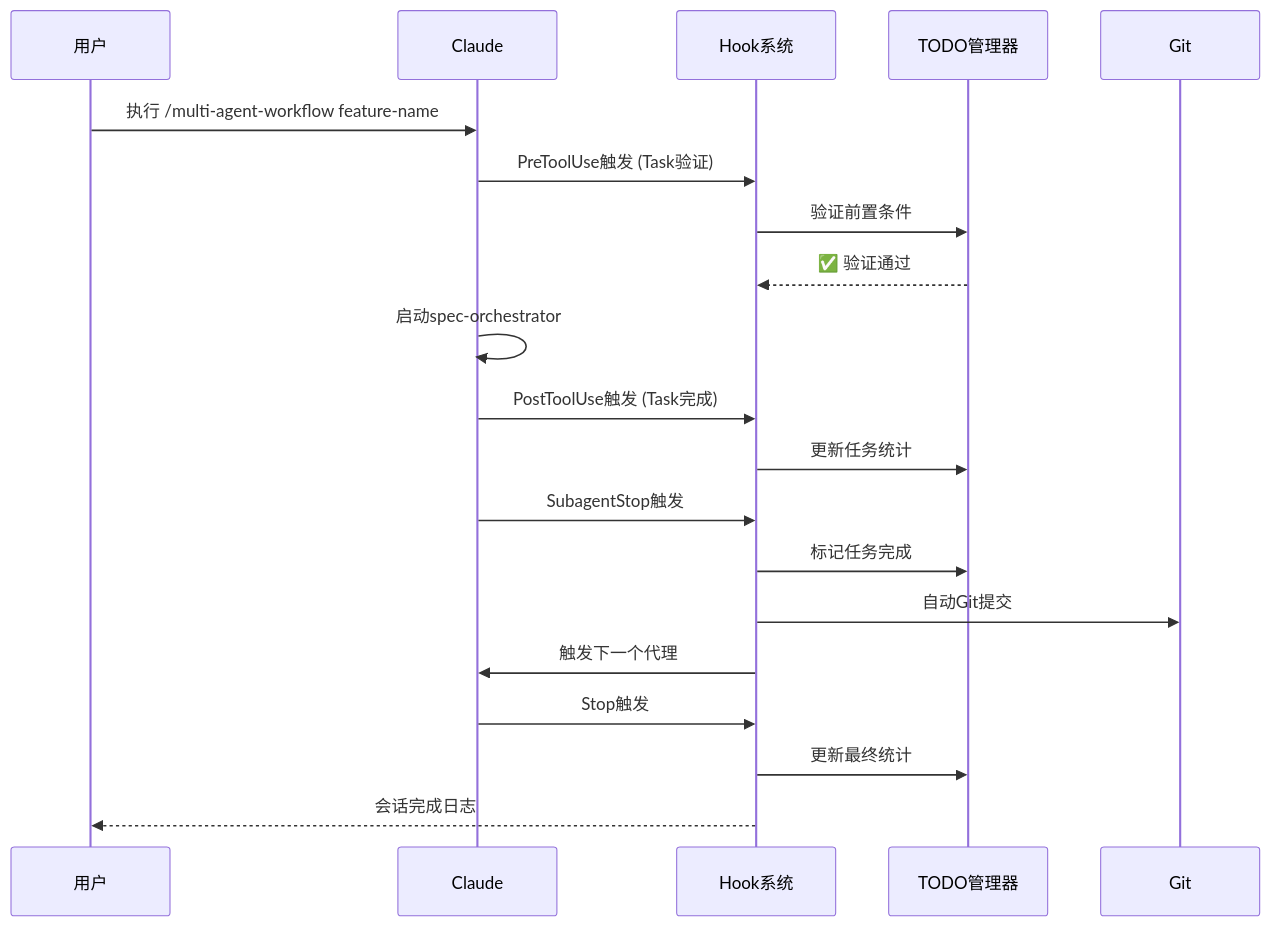
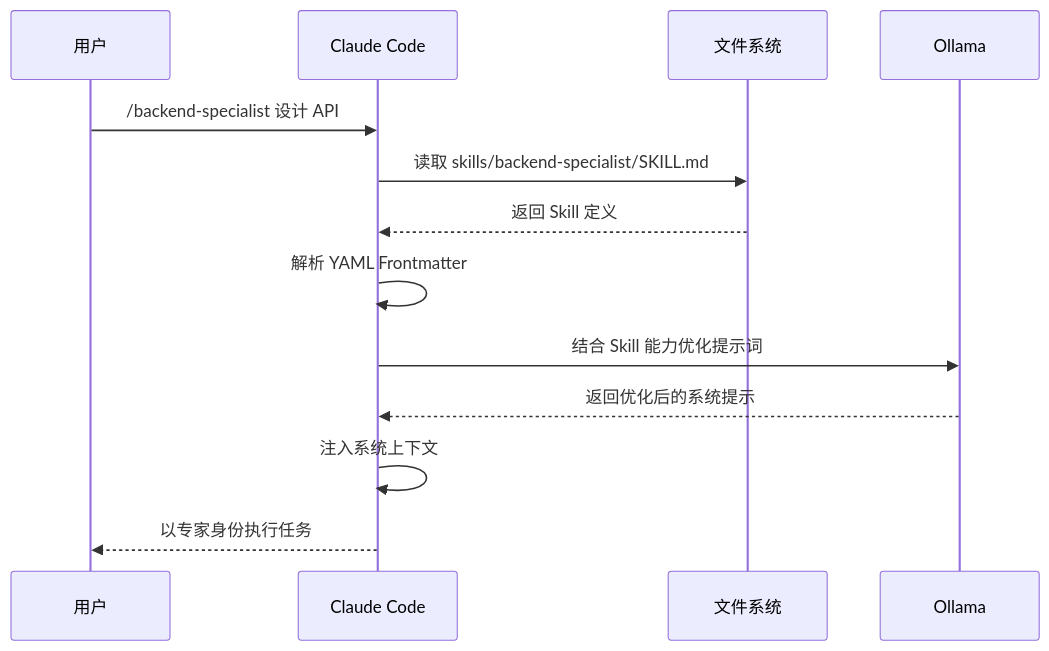
One commit to xcz1997/Claude-Code-Multi-Agent changed the third of 3 diagrams in README.md. Above: the diagram before and after it, drawn with Mermaid. The commit also changed other lines of this file and 823 other files, not shown here.

````diff
--- a/README.md
+++ b/README.md
@@ -692,26 +386,16 @@
 ```mermaid
 sequenceDiagram
     participant U as 用户
-    participant C as Claude
-    participant H as Hook系统
-    participant T as TODO管理器
-    participant G as Git
+    participant C as Claude Code
+    participant F as 文件系统
+    participant O as Ollama
 
-    U->>C: 执行 /multi-agent-workflow feature-name
-    C->>H: PreToolUse触发 (Task验证)
-    H->>T: 验证前置条件
-    T-->>H: ✅ 验证通过
-    
-    C->>C: 启动spec-orchestrator
-    C->>H: PostToolUse触发 (Task完成)
-    H->>T: 更新任务统计
-    
-    C->>H: SubagentStop触发
-    H->>T: 标记任务完成
-    H->>G: 自动Git提交
-    H->>C: 触发下一个代理
-    
-    C->>H: Stop触发
-    H->>T: 更新最终统计
-    H-->>U: 会话完成日志
+    U->>C: /backend-specialist 设计 API
+    C->>F: 读取 skills/backend-specialist/SKILL.md
+    F-->>C: 返回 Skill 定义
+    C->>C: 解析 YAML Frontmatter
+    C->>O: 结合 Skill 能力优化提示词
+    O-->>C: 返回优化后的系统提示
+    C->>C: 注入系统上下文
+    C-->>U: 以专家身份执行任务
 ```
````
